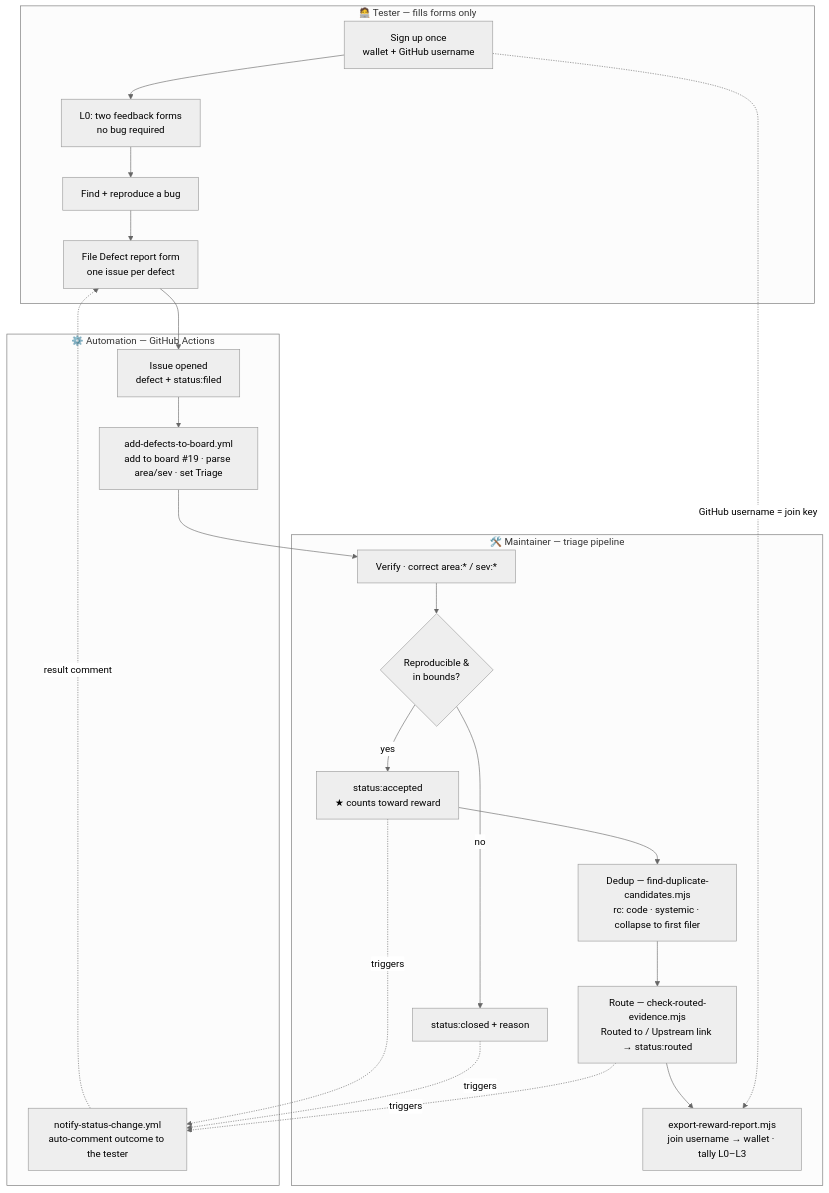
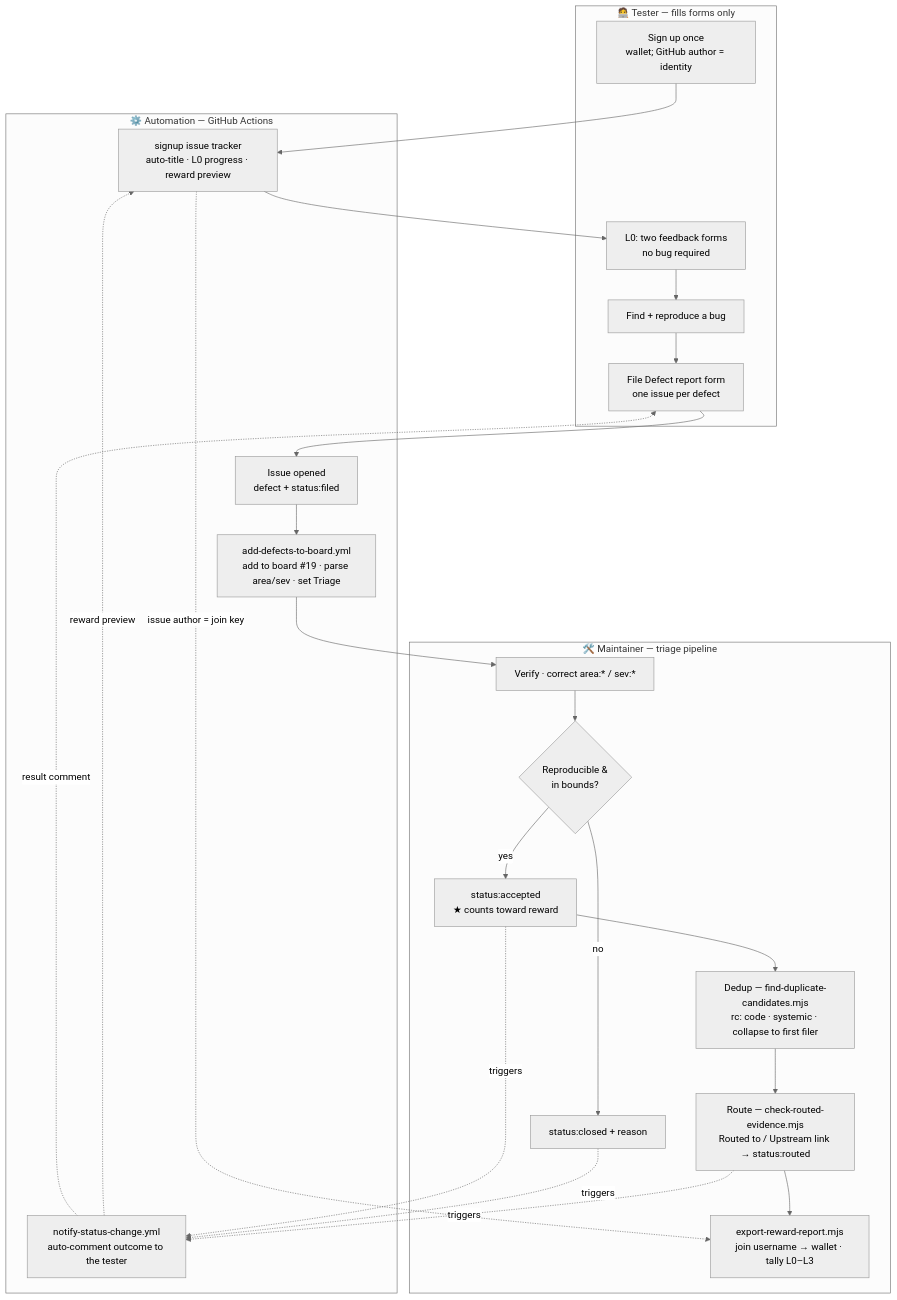
Before and after one commit to 0gfoundation/0g-testing-hub: the first of 2 diagrams in docs/WORKFLOWS.md, drawn with Mermaid (neutral theme). The commit also changed other lines of this file and 9 other files, not shown here.

````diff
--- a/docs/WORKFLOWS.md
+++ b/docs/WORKFLOWS.md
@@ -13,34 +13,36 @@
 ```mermaid
 flowchart TD
     subgraph T["🧑‍💻 Tester — fills forms only"]
-      T1["Sign up once<br/>wallet + GitHub username"]
+      T1["Sign up once<br/>wallet; GitHub author = identity"]
       T2["L0: two feedback forms<br/>no bug required"]
       T3["Find + reproduce a bug"]
       T4["File Defect report form<br/>one issue per defect"]
     end
 
     subgraph A["⚙️ Automation — GitHub Actions"]
+      A0["signup issue tracker<br/>auto-title · L0 progress · reward preview"]
       A1["Issue opened<br/>defect + status:filed"]
       A2["add-defects-to-board.yml<br/>add to board #19 · parse area/sev · set Triage"]
       A3["notify-status-change.yml<br/>auto-comment outcome to the tester"]
     end
 
     subgraph M["🛠️ Maintainer — triage pipeline"]
       M1["Verify · correct area:* / sev:*"]
       M2{"Reproducible &<br/>in bounds?"}
       M3["status:accepted<br/>★ counts toward reward"]
       M4["status:closed + reason"]
       M5["Dedup — find-duplicate-candidates.mjs<br/>rc: code · systemic · collapse to first filer"]
       M6["Route — check-routed-evidence.mjs<br/>Routed to / Upstream link → status:routed"]
       M7["export-reward-report.mjs<br/>join username → wallet · tally L0–L3"]
     end
 
-    T1 --> T2 --> T3 --> T4 --> A1 --> A2 --> M1 --> M2
+    T1 --> A0 --> T2 --> T3 --> T4 --> A1 --> A2 --> M1 --> M2
     M2 -- yes --> M3 --> M5 --> M6 --> M7
     M2 -- no --> M4
     M3 -. triggers .-> A3
     M4 -. triggers .-> A3
     M6 -. triggers .-> A3
     A3 -. result comment .-> T4
-    T1 -. "GitHub username = join key" .-> M7
+    A3 -. reward preview .-> A0
+    A0 -. "issue author = join key" .-> M7
 ```
````
